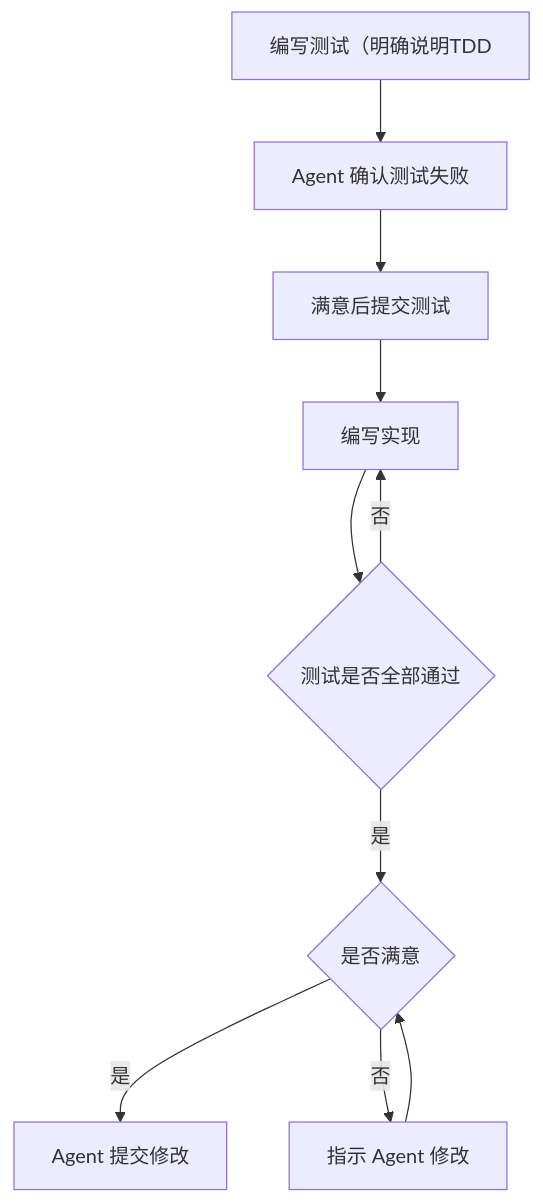
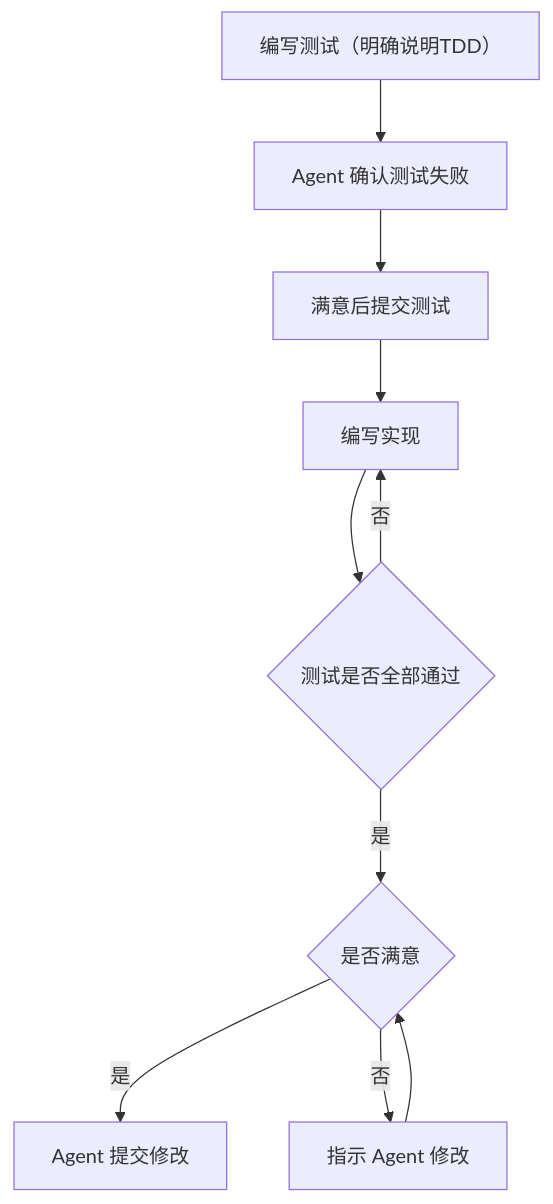
One commit to lj970926/cs-note changed the diagram in content/AI-agent/Cursor Agent Best Practice.md. Above: the diagram before and after it, drawn with Mermaid. The commit also changed other lines of this file and 99 other files, not shown here.

````diff
--- a/content/AI-agent/Cursor Agent Best Practice.md
+++ b/content/AI-agent/Cursor Agent Best Practice.md
@@ -45,12 +51,12 @@
 ```mermaid
 graph TD
-    A[编写测试（明确说明TDD] --> B[Agent 确认测试失败]
+    A[编写测试（明确说明TDD）] --> B[Agent 确认测试失败]
     B --> C[满意后提交测试]
     C --> D[编写实现]
     D --> E{测试是否全部通过}
     E -->|是| F{是否满意}
     E -->|否| D
     F -->|是| G[Agent 提交修改]
     F -->|否| H[指示 Agent 修改]
     H --> F
 ```
````
